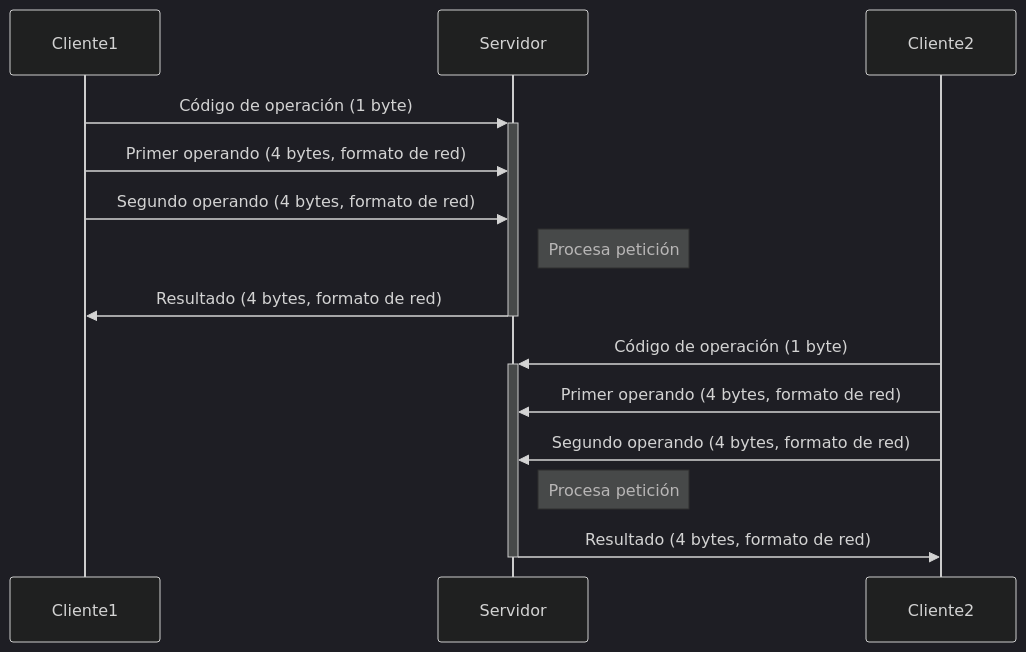
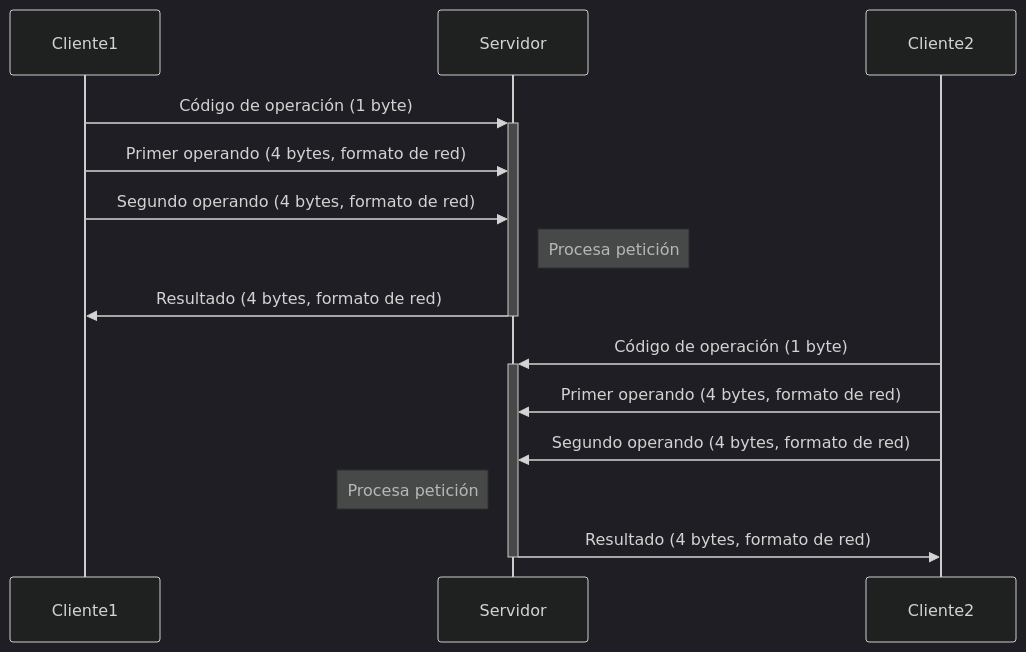
The second of 2 diagrams in transparencias/casopractico_sockets_calculadora.md (acaldero/uc3m_sd), drawn with Mermaid (dark theme) before and after one commit. The commit also changed other lines of this file, not shown here.

````diff
--- a/transparencias/casopractico_sockets_calculadora.md
+++ b/transparencias/casopractico_sockets_calculadora.md
@@ -98,14 +129,14 @@
-```mermaid
-sequenceDiagram
-    Cliente1  ->>+  Servidor: Código de operación (1 byte)
-    Cliente1  ->>   Servidor: Primer  operando (4 bytes, formato de red)
-    Cliente1  ->>   Servidor: Segundo operando (4 bytes, formato de red)
-    Note right of Servidor: Procesa petición
-    Servidor ->>-   Cliente1: Resultado (4 bytes, formato de red)
+   ```mermaid
+    sequenceDiagram
+      Cliente1  ->>+  Servidor: Código de operación (1 byte)
+      Cliente1  ->>   Servidor: Primer  operando (4 bytes, formato de red)
+      Cliente1  ->>   Servidor: Segundo operando (4 bytes, formato de red)
+      Note right of Servidor: Procesa petición
+      Servidor ->>-   Cliente1: Resultado (4 bytes, formato de red)
 
-    Cliente2  ->>+  Servidor: Código de operación (1 byte)
-    Cliente2  ->>   Servidor: Primer  operando (4 bytes, formato de red)
-    Cliente2  ->>   Servidor: Segundo operando (4 bytes, formato de red)
-    Note right of Servidor: Procesa petición
-    Servidor ->>-   Cliente2: Resultado (4 bytes, formato de red)
-```
+      Cliente2  ->>+  Servidor: Código de operación (1 byte)
+      Cliente2  ->>   Servidor: Primer  operando (4 bytes, formato de red)
+      Cliente2  ->>   Servidor: Segundo operando (4 bytes, formato de red)
+      Note left of Servidor: Procesa petición
+      Servidor ->>-   Cliente2: Resultado (4 bytes, formato de red)
+   ```
````
